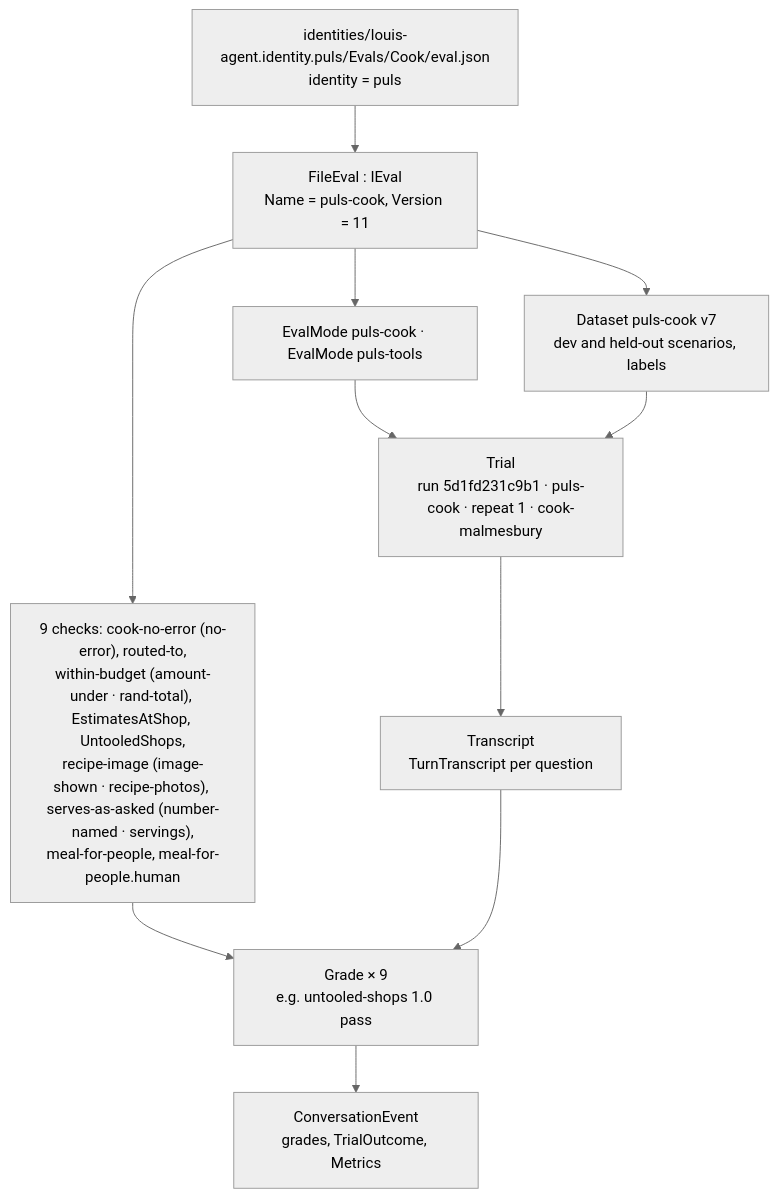
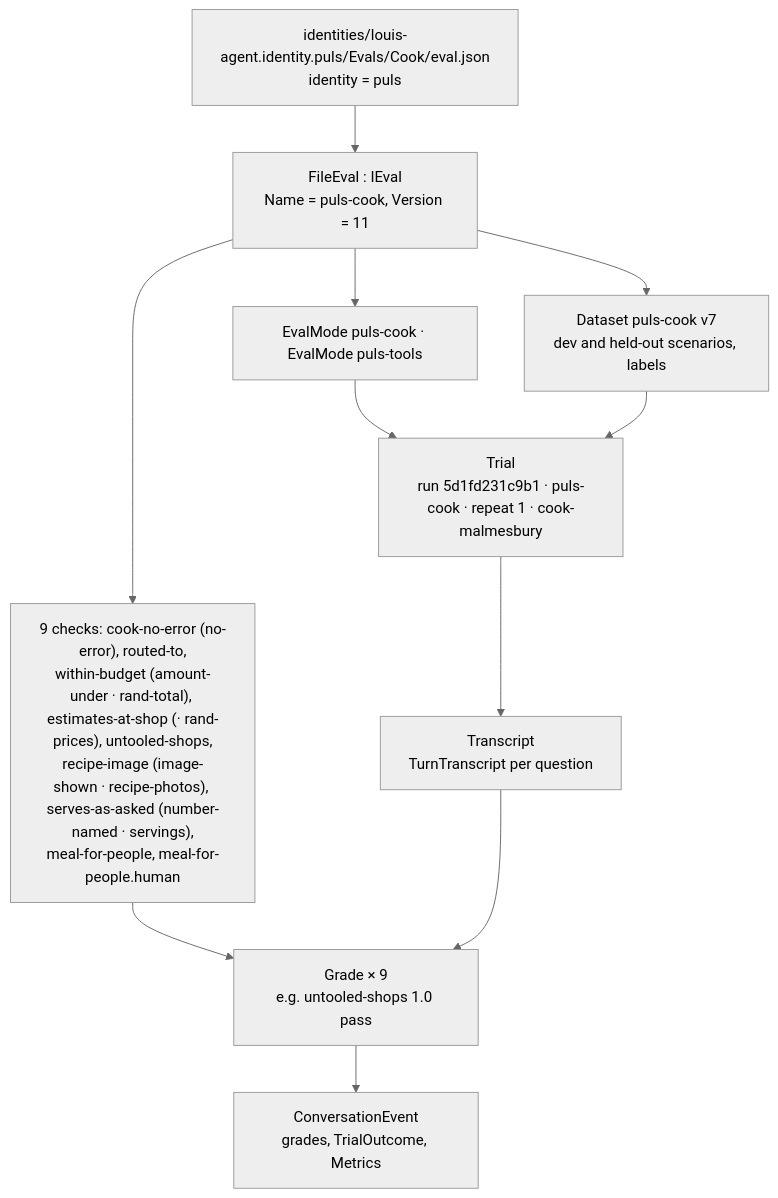
One commit to bosbevk/louis-agent changed the third of 4 diagrams in docs/architecture/evals.md. Above: the diagram before and after it, drawn with Mermaid (neutral theme). The commit also changed other lines of this file and 36 other files, not shown here.

First line of the commit message:
feat(f49.3): step 3 - estimates-at-shop in the pack, over a price reader

````diff
--- a/docs/architecture/evals.md
+++ b/docs/architecture/evals.md
@@ -197,22 +197,22 @@
 ```mermaid
 flowchart TB
   set["identities/louis-agent.identity.puls/Evals/Cook/eval.json<br/>identity = puls"]
   eval["FileEval : IEval<br/>Name = puls-cook, Version = 11"]
   modes["EvalMode puls-cook · EvalMode puls-tools"]
   data["Dataset puls-cook v7<br/>dev and held-out scenarios, labels"]
-  graders["9 checks: cook-no-error (no-error), routed-to,<br/>within-budget (amount-under · rand-total), EstimatesAtShop, UntooledShops,<br/>recipe-image (image-shown · recipe-photos), serves-as-asked (number-named · servings),<br/>meal-for-people, meal-for-people.human"]
+  graders["9 checks: cook-no-error (no-error), routed-to,<br/>within-budget (amount-under · rand-total), estimates-at-shop (· rand-prices), untooled-shops,<br/>recipe-image (image-shown · recipe-photos), serves-as-asked (number-named · servings),<br/>meal-for-people, meal-for-people.human"]
   trial["Trial<br/>run 5d1fd231c9b1 · puls-cook · repeat 1 · cook-malmesbury"]
   transcript["Transcript<br/>TurnTranscript per question"]
   grades["Grade × 9<br/>e.g. untooled-shops 1.0 pass"]
   conv["ConversationEvent<br/>grades, TrialOutcome, Metrics"]
   set --> eval
   eval --> modes
   eval --> data
   eval --> graders
   modes --> trial
   data --> trial
   trial --> transcript
   graders --> grades
   transcript --> grades
   grades --> conv
 ```
````
